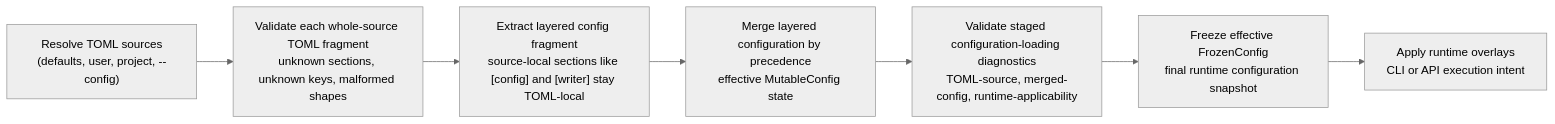
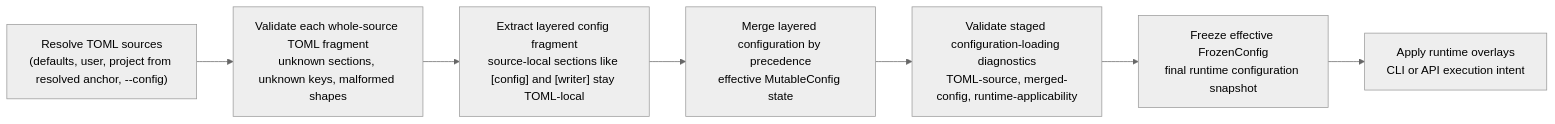
One commit to shutterfreak/topmark changed the diagram in docs/configuration/index.md. Above: the diagram before and after it, drawn with Mermaid (neutral theme). The commit also changed other lines of this file and 30 other files, not shown here.

First line of the commit message:
docs(config): document resolved discovery-anchor behavior (#113)

````diff
--- a/docs/configuration/index.md
+++ b/docs/configuration/index.md
@@ -90,12 +95,12 @@
 ```mermaid
 flowchart LR
-    A["Resolve TOML sources<br/>(defaults, user, project, --config)"]
+    A["Resolve TOML sources<br/>(defaults, user, project from resolved anchor, --config)"]
     B["Validate each whole-source TOML fragment<br/>unknown sections, unknown keys, malformed shapes"]
     C["Extract layered config fragment<br/>source-local sections like [config] and [writer] stay TOML-local"]
     D["Merge layered configuration by precedence<br/>effective MutableConfig state"]
     E["Validate staged configuration-loading diagnostics<br/>TOML-source, merged-config, runtime-applicability"]
     F["Freeze effective FrozenConfig<br/>final runtime configuration snapshot"]
     G["Apply runtime overlays<br/>CLI or API execution intent"]
 
     A --> B --> C --> D --> E --> F --> G
 ```
````
